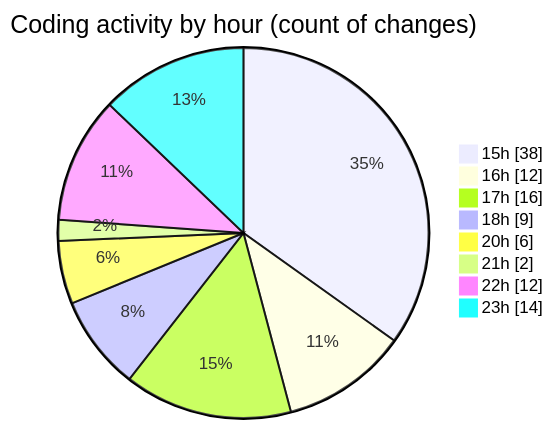
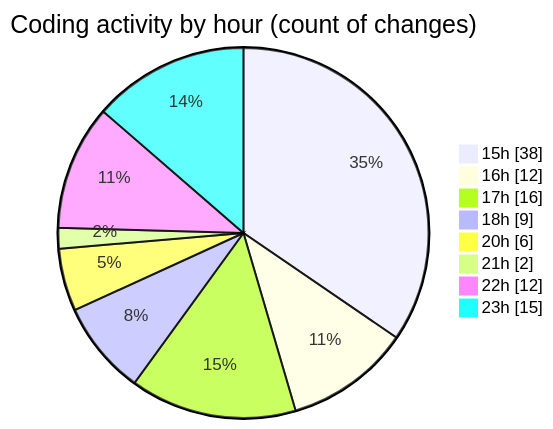
One commit to nxtqubesakshisongat/code-tracking changed the second of 2 diagrams in 2025-09-08/cashcalculator/README.md. Above: the diagram before and after it, drawn with Mermaid. The commit also changed other lines of this file and 1 other file, not shown here.

````diff
--- a/2025-09-08/cashcalculator/README.md
+++ b/2025-09-08/cashcalculator/README.md
@@ -28,12 +28,12 @@
 ```mermaid
 pie showData
 title Coding activity by hour (count of changes)
 "15h" : 38
 "16h" : 12
 "17h" : 16
 "18h" : 9
 "20h" : 6
 "21h" : 2
 "22h" : 12
-"23h" : 14
+"23h" : 15
 ```
````
